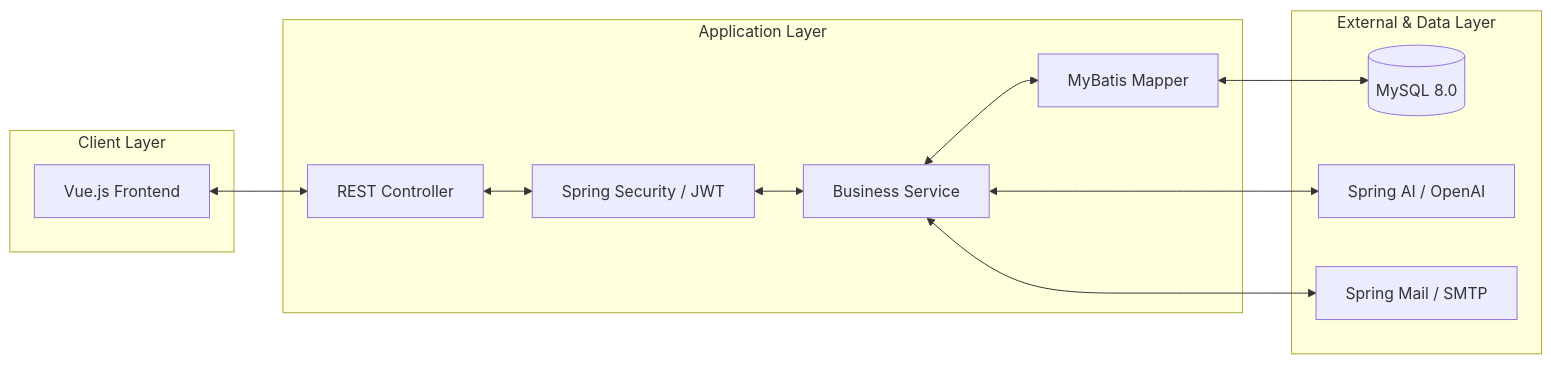
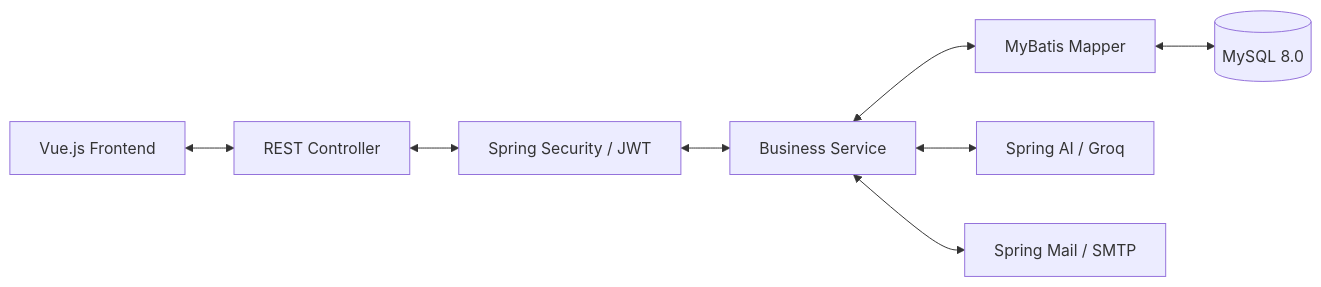
The diagram in README.md (AppleTrick/ijip-naejip-backend), drawn with Mermaid before and after one commit. The commit also changed other lines of this file, not shown here.

````diff
--- a/README.md
+++ b/README.md
@@ -55,27 +65,10 @@
 ```mermaid
 graph LR
-    subgraph "Client Layer"
-        Vue[Vue.js Frontend]
-    end
-
-    subgraph "Application Layer"
-        API[REST Controller]
-        Service[Business Service]
-        Security[Spring Security / JWT]
-        Mapper[MyBatis Mapper]
-    end
-
-    subgraph "External & Data Layer"
-        DB[(MySQL 8.0)]
-        AI[Spring AI / OpenAI]
-        Mail[Spring Mail / SMTP]
-    end
-
-    Vue <--> API
-    API <--> Security
-    Security <--> Service
-    Service <--> Mapper
-    Mapper <--> DB
-    Service <--> AI
-    Service <--> Mail
+    Vue[Vue.js Frontend] <--> API[REST Controller]
+    API <--> Security[Spring Security / JWT]
+    Security <--> Service[Business Service]
+    Service <--> Mapper[MyBatis Mapper]
+    Mapper <--> DB[(MySQL 8.0)]
+    Service <--> AI[Spring AI / Groq]
+    Service <--> Mail[Spring Mail / SMTP]
 ```
````
